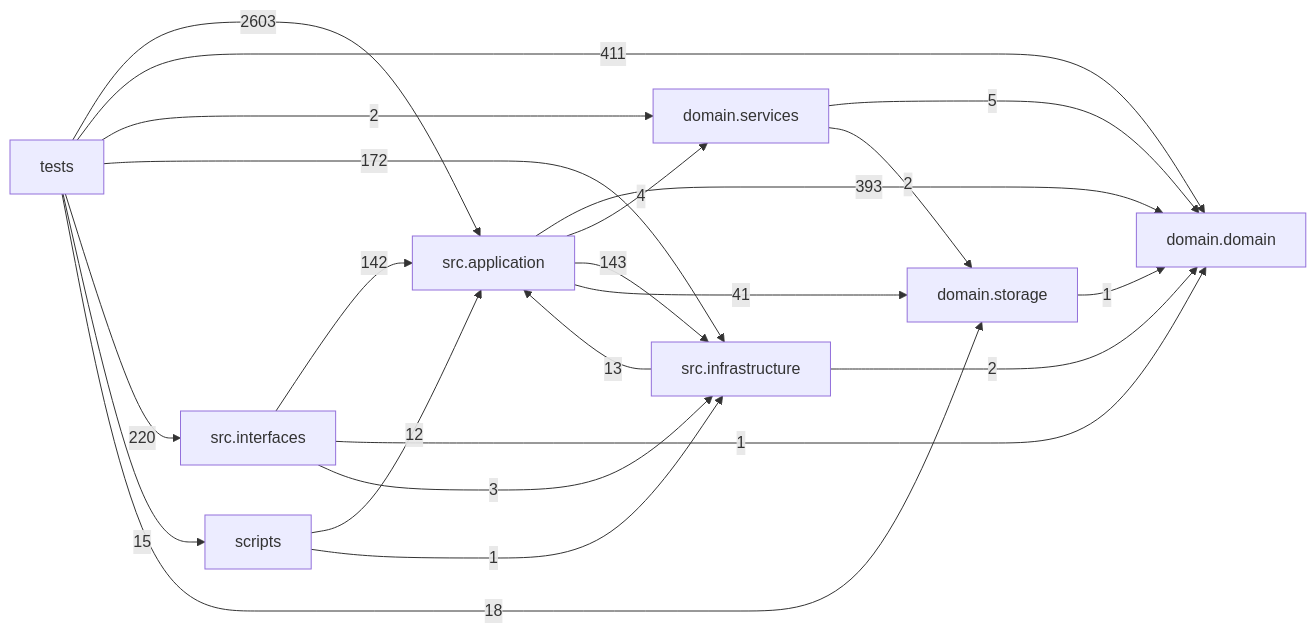
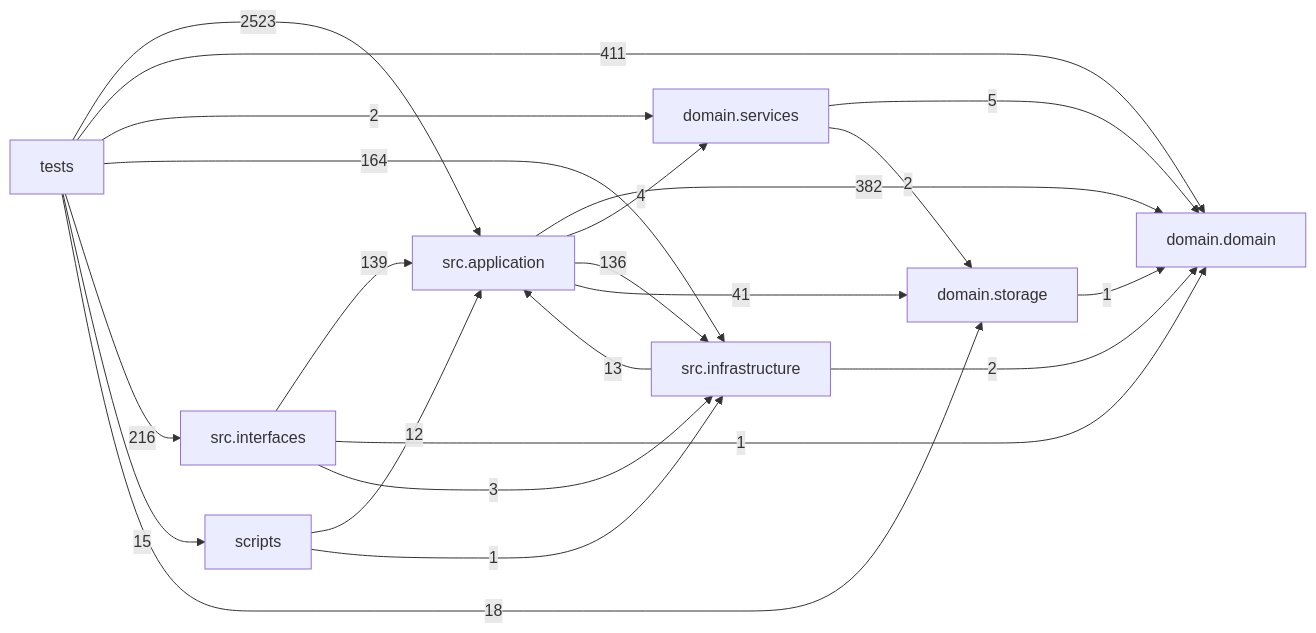
Before and after one commit to liuxie066/options-monitor: the diagram in docs/DEPENDENCY_GRAPH.md, drawn with Mermaid. The commit also changed other lines of this file and 73 other files, not shown here.

````diff
--- a/docs/DEPENDENCY_GRAPH.md
+++ b/docs/DEPENDENCY_GRAPH.md
@@ -24,32 +24,32 @@
 ```mermaid
 flowchart LR
   tests["tests"]
   scripts["scripts"]
   interfaces["src.interfaces"]
   application["src.application"]
   infrastructure["src.infrastructure"]
   domain_services["domain.services"]
   domain["domain.domain"]
   storage["domain.storage"]
-  application -->|393| domain
+  application -->|382| domain
   application -->|4| domain_services
-  application -->|143| infrastructure
+  application -->|136| infrastructure
   application -->|41| storage
   domain_services -->|5| domain
   domain_services -->|2| storage
   infrastructure -->|13| application
   infrastructure -->|2| domain
-  interfaces -->|142| application
+  interfaces -->|139| application
   interfaces -->|1| domain
   interfaces -->|3| infrastructure
   scripts -->|12| application
   scripts -->|1| infrastructure
   storage -->|1| domain
-  tests -->|2603| application
+  tests -->|2523| application
   tests -->|411| domain
   tests -->|2| domain_services
-  tests -->|172| infrastructure
-  tests -->|220| interfaces
+  tests -->|164| infrastructure
+  tests -->|216| interfaces
   tests -->|15| scripts
   tests -->|18| storage
 ```
````
